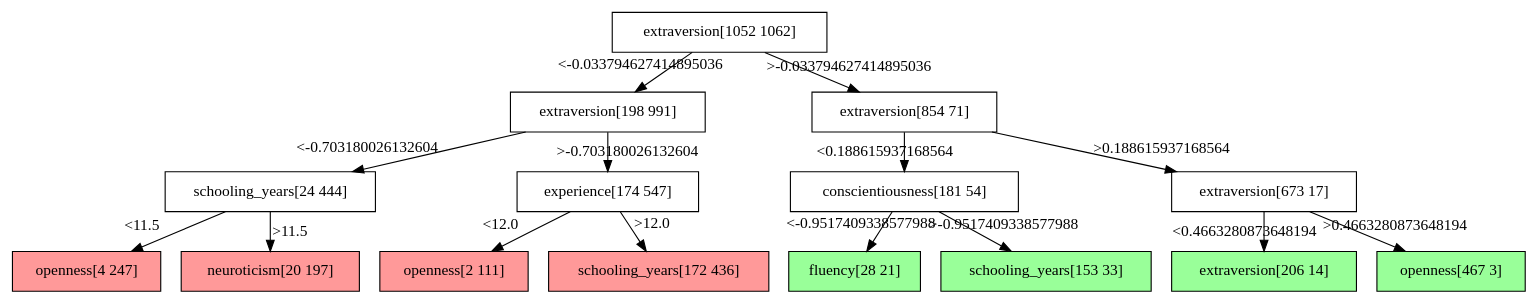
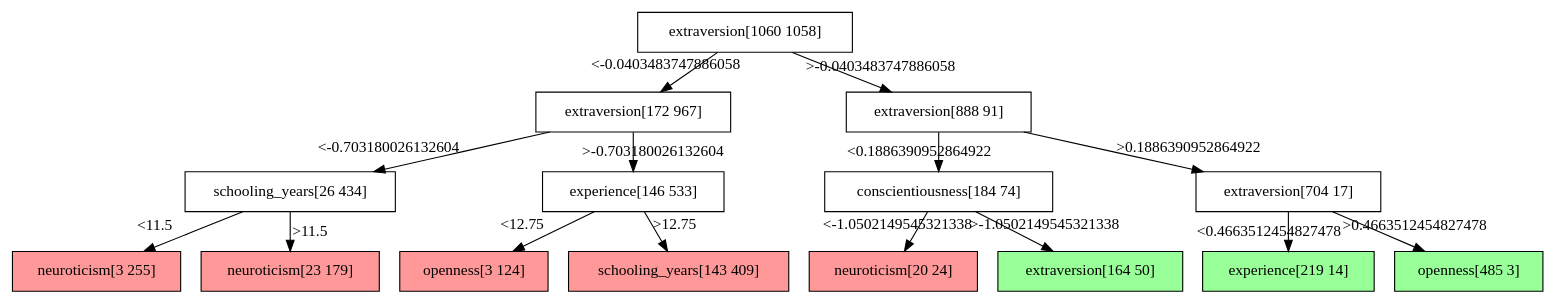
The diagram in skills_and_wages/bld/out/analysis/decision_tree.dot (Poojabl26/Programming-Project), drawn with Graphviz before and after one commit. The commit also changed 26 other files, not shown here.

```diff
--- a/skills_and_wages/bld/out/analysis/decision_tree.dot
+++ b/skills_and_wages/bld/out/analysis/decision_tree.dot
@@ -1,32 +1,32 @@
 digraph Tree {
 node [shape=box, style="filled", color="black"] ;
-0 [ label="extraversion[1052 1062]" , fillcolor="#ffffff"] ;
-1 [ label="extraversion[198 991]" , fillcolor="#ffffff"] ;
-0->1 [labeldistance=2.5, labelangle=45, headlabel="<-0.033794627414895036"] ;
-3 [ label="schooling_years[24 444]" , fillcolor="#ffffff"] ;
+0 [ label="extraversion[1060 1058]" , fillcolor="#ffffff"] ;
+1 [ label="extraversion[172 967]" , fillcolor="#ffffff"] ;
+0->1 [labeldistance=2.5, labelangle=45, headlabel="<-0.0403483747886058"] ;
+3 [ label="schooling_years[26 434]" , fillcolor="#ffffff"] ;
 1->3 [labeldistance=2.5, labelangle=45, headlabel="<-0.703180026132604"] ;
-5 [ label="openness[4 247]" , fillcolor="#ff9999"] ;
+5 [ label="neuroticism[3 255]" , fillcolor="#ff9999"] ;
 3->5 [labeldistance=2.5, labelangle=45, headlabel="<11.5"] ;
-6 [ label="neuroticism[20 197]" , fillcolor="#ff9999"] ;
+6 [ label="neuroticism[23 179]" , fillcolor="#ff9999"] ;
 3->6 [labeldistance=2.5, labelangle=-45, headlabel=">11.5"] ;
-4 [ label="experience[174 547]" , fillcolor="#ffffff"] ;
+4 [ label="experience[146 533]" , fillcolor="#ffffff"] ;
 1->4 [labeldistance=2.5, labelangle=-45, headlabel=">-0.703180026132604"] ;
-7 [ label="openness[2 111]" , fillcolor="#ff9999"] ;
-4->7 [labeldistance=2.5, labelangle=45, headlabel="<12.0"] ;
-8 [ label="schooling_years[172 436]" , fillcolor="#ff9999"] ;
-4->8 [labeldistance=2.5, labelangle=-45, headlabel=">12.0"] ;
-2 [ label="extraversion[854 71]" , fillcolor="#ffffff"] ;
-0->2 [labeldistance=2.5, labelangle=-45, headlabel=">-0.033794627414895036"] ;
-9 [ label="conscientiousness[181 54]" , fillcolor="#ffffff"] ;
-2->9 [labeldistance=2.5, labelangle=45, headlabel="<0.188615937168564"] ;
-11 [ label="fluency[28 21]" , fillcolor="#99ff99"] ;
-9->11 [labeldistance=2.5, labelangle=45, headlabel="<-0.9517409338577988"] ;
-12 [ label="schooling_years[153 33]" , fillcolor="#99ff99"] ;
-9->12 [labeldistance=2.5, labelangle=-45, headlabel=">-0.9517409338577988"] ;
-10 [ label="extraversion[673 17]" , fillcolor="#ffffff"] ;
-2->10 [labeldistance=2.5, labelangle=-45, headlabel=">0.188615937168564"] ;
-13 [ label="extraversion[206 14]" , fillcolor="#99ff99"] ;
-10->13 [labeldistance=2.5, labelangle=45, headlabel="<0.4663280873648194"] ;
-14 [ label="openness[467 3]" , fillcolor="#99ff99"] ;
-10->14 [labeldistance=2.5, labelangle=-45, headlabel=">0.4663280873648194"] ;
+7 [ label="openness[3 124]" , fillcolor="#ff9999"] ;
+4->7 [labeldistance=2.5, labelangle=45, headlabel="<12.75"] ;
+8 [ label="schooling_years[143 409]" , fillcolor="#ff9999"] ;
+4->8 [labeldistance=2.5, labelangle=-45, headlabel=">12.75"] ;
+2 [ label="extraversion[888 91]" , fillcolor="#ffffff"] ;
+0->2 [labeldistance=2.5, labelangle=-45, headlabel=">-0.0403483747886058"] ;
+9 [ label="conscientiousness[184 74]" , fillcolor="#ffffff"] ;
+2->9 [labeldistance=2.5, labelangle=45, headlabel="<0.1886390952864922"] ;
+11 [ label="neuroticism[20 24]" , fillcolor="#ff9999"] ;
+9->11 [labeldistance=2.5, labelangle=45, headlabel="<-1.0502149545321338"] ;
+12 [ label="extraversion[164 50]" , fillcolor="#99ff99"] ;
+9->12 [labeldistance=2.5, labelangle=-45, headlabel=">-1.0502149545321338"] ;
+10 [ label="extraversion[704 17]" , fillcolor="#ffffff"] ;
+2->10 [labeldistance=2.5, labelangle=-45, headlabel=">0.1886390952864922"] ;
+13 [ label="experience[219 14]" , fillcolor="#99ff99"] ;
+10->13 [labeldistance=2.5, labelangle=45, headlabel="<0.4663512454827478"] ;
+14 [ label="openness[485 3]" , fillcolor="#99ff99"] ;
+10->14 [labeldistance=2.5, labelangle=-45, headlabel=">0.4663512454827478"] ;
 }
```
